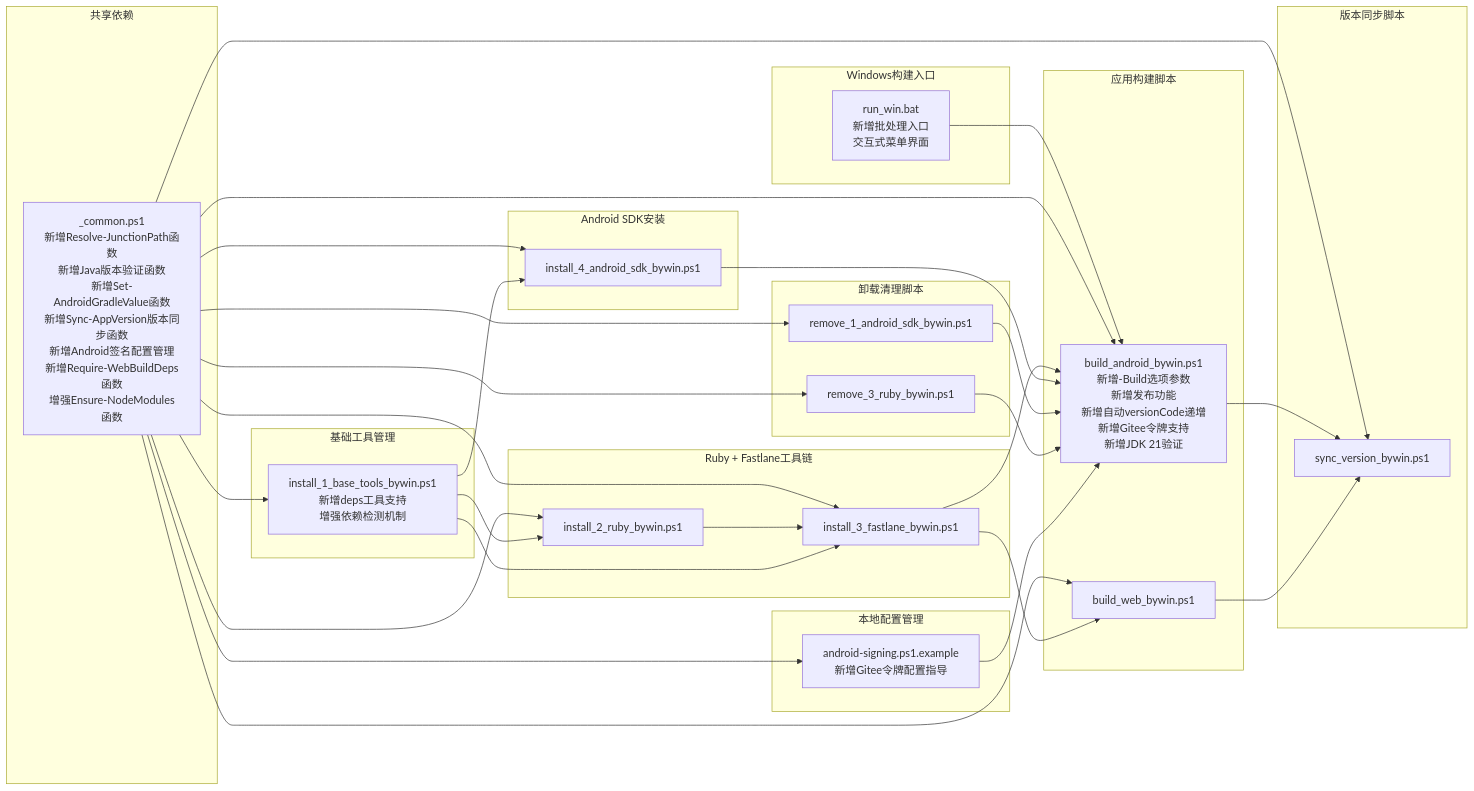
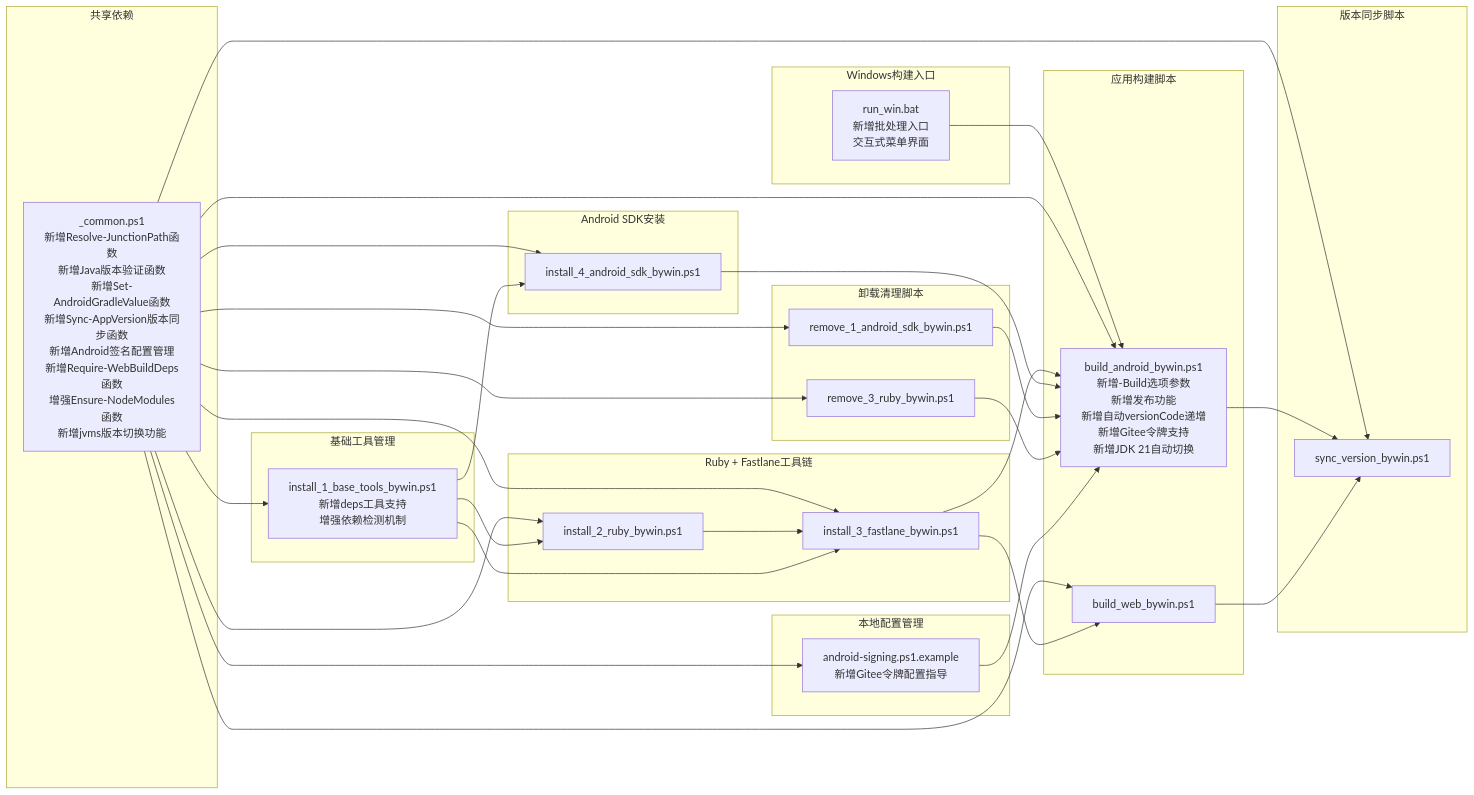
One commit to tea4go/Macro-Deck-Client-App changed diagram 11 of 11 in .qoder/repowiki/zh/content/构建与部署/Windows PowerShell自动化.md. Above: the diagram before and after it, drawn with Mermaid. The commit also changed other lines of this file and 45 other files, not shown here.

````diff
--- a/.qoder/repowiki/zh/content/构建与部署/Windows PowerShell自动化.md
+++ b/.qoder/repowiki/zh/content/构建与部署/Windows PowerShell自动化.md
@@ -827,56 +872,56 @@
 ```mermaid
 graph LR
 subgraph "Windows构建入口"
 RunBat[run_win.bat<br/>新增批处理入口<br/>交互式菜单界面]
 end
 subgraph "共享依赖"
-Common[_common.ps1<br/>新增Resolve-JunctionPath函数<br/>新增Java版本验证函数<br/>新增Set-AndroidGradleValue函数<br/>新增Sync-AppVersion版本同步函数<br/>新增Android签名配置管理<br/>新增Require-WebBuildDeps函数<br/>增强Ensure-NodeModules函数]
+Common[_common.ps1<br/>新增Resolve-JunctionPath函数<br/>新增Java版本验证函数<br/>新增Set-AndroidGradleValue函数<br/>新增Sync-AppVersion版本同步函数<br/>新增Android签名配置管理<br/>新增Require-WebBuildDeps函数<br/>增强Ensure-NodeModules函数<br/>新增jvms版本切换功能]
 end
 subgraph "基础工具管理"
 BaseTools[install_1_base_tools_bywin.ps1<br/>新增deps工具支持<br/>增强依赖检测机制]
 end
 subgraph "Ruby + Fastlane工具链"
 InstallRuby[install_2_ruby_bywin.ps1]
 InstallFastlane[install_3_fastlane_bywin.ps1]
 end
 subgraph "Android SDK安装"
 InstallSDK[install_4_android_sdk_bywin.ps1]
 end
 subgraph "应用构建脚本"
-BuildAndroid[build_android_bywin.ps1<br/>新增-Build选项参数<br/>新增发布功能<br/>新增自动versionCode递增<br/>新增Gitee令牌支持<br/>新增JDK 21验证]
+BuildAndroid[build_android_bywin.ps1<br/>新增-Build选项参数<br/>新增发布功能<br/>新增自动versionCode递增<br/>新增Gitee令牌支持<br/>新增JDK 21自动切换]
 BuildWeb[build_web_bywin.ps1]
 end
 subgraph "版本同步脚本"
 SyncVersion[sync_version_bywin.ps1]
 end
 subgraph "卸载清理脚本"
 RemoveSDK[remove_1_android_sdk_bywin.ps1]
 RemoveRuby[remove_3_ruby_bywin.ps1]
 end
 subgraph "本地配置管理"
 SignConfig[android-signing.ps1.example<br/>新增Gitee令牌配置指导]
 end
 RunBat --> BuildAndroid
 Common --> BaseTools
 Common --> InstallRuby
 Common --> InstallFastlane
 Common --> InstallSDK
 Common --> BuildAndroid
 Common --> BuildWeb
 Common --> SyncVersion
 Common --> RemoveSDK
 Common --> RemoveRuby
 Common --> SignConfig
 InstallRuby --> InstallFastlane
 InstallFastlane --> BuildAndroid
 InstallFastlane --> BuildWeb
 InstallSDK --> BuildAndroid
 BuildAndroid --> SyncVersion
 BuildWeb --> SyncVersion
 RemoveSDK --> BuildAndroid
 RemoveRuby --> BuildAndroid
 BaseTools --> InstallRuby
 BaseTools --> InstallFastlane
 BaseTools --> InstallSDK
 SignConfig --> BuildAndroid
 ```
````
